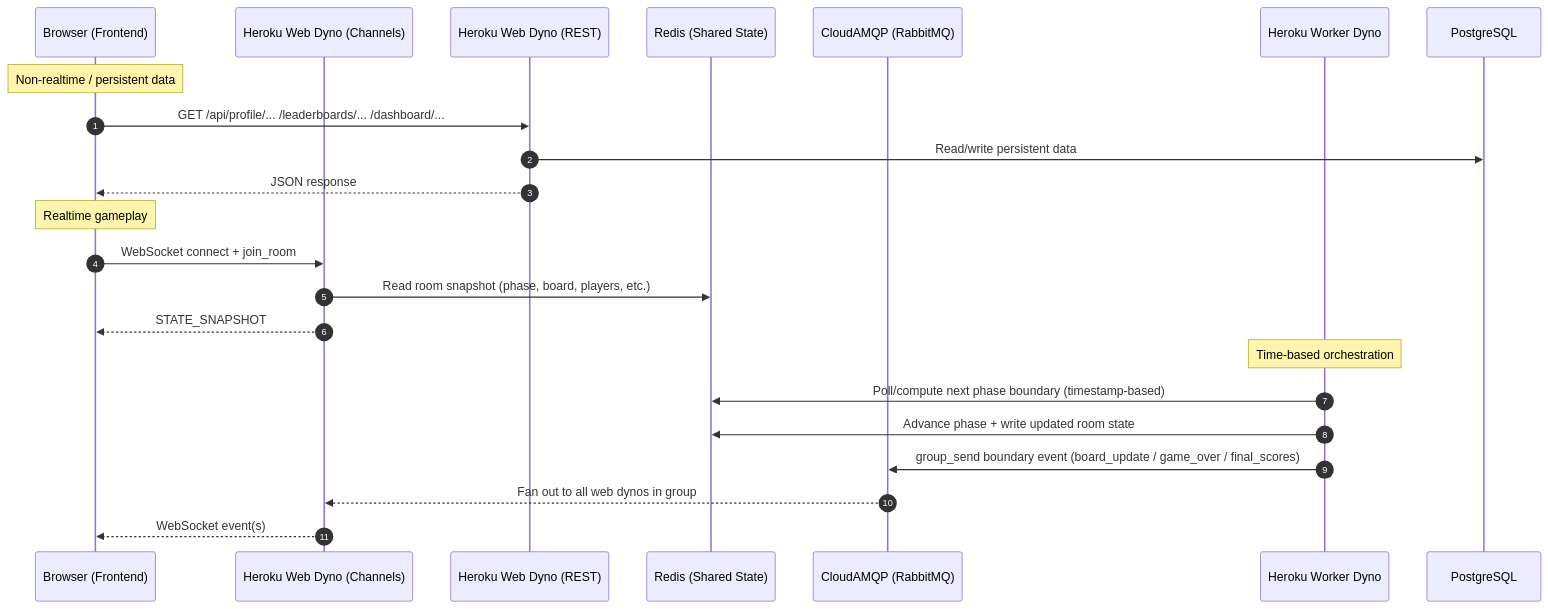
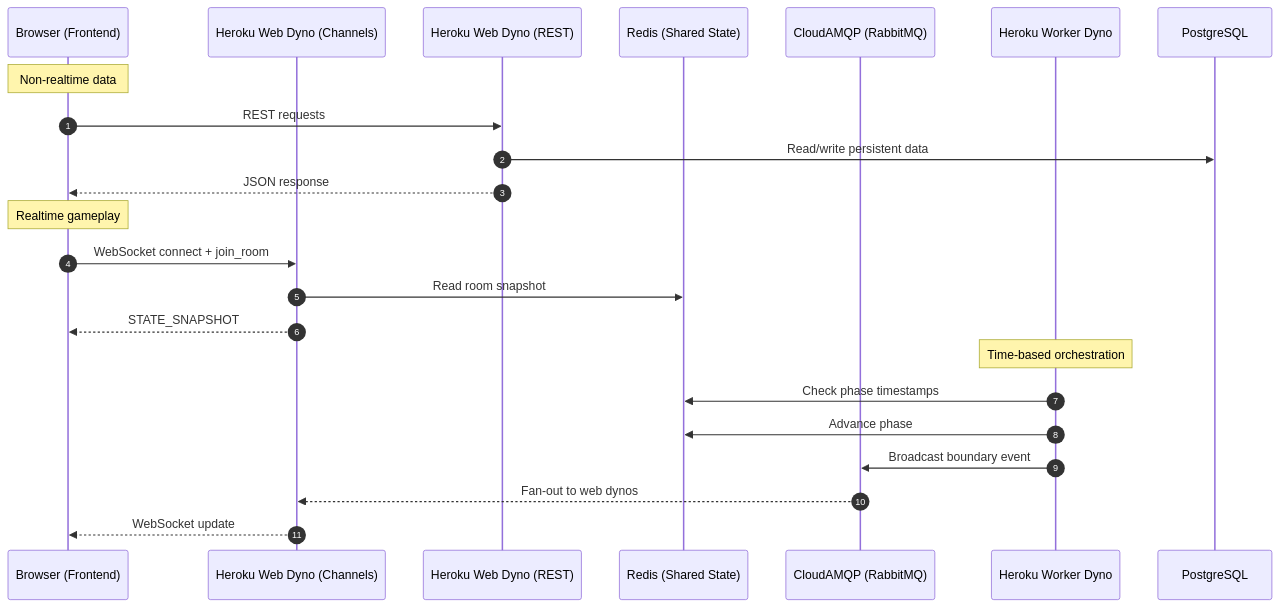
The second of 3 diagrams in README.md (alexrobincrabbe/Boojum-frontend), drawn with Mermaid before and after one commit. The commit also changed other lines of this file, not shown here.

````diff
--- a/README.md
+++ b/README.md
@@ -53,28 +54,29 @@
 ```mermaid
 sequenceDiagram
   autonumber
   participant Client as Browser (Frontend)
   participant Web as Heroku Web Dyno (Channels)
   participant API as Heroku Web Dyno (REST)
   participant Redis as Redis (Shared State)
   participant MQ as CloudAMQP (RabbitMQ)
   participant Worker as Heroku Worker Dyno
   participant DB as PostgreSQL
 
-  Note over Client: Non-realtime / persistent data
-  Client->>API: GET /api/profile/... /leaderboards/... /dashboard/...
+  Note over Client: Non-realtime data
+  Client->>API: REST requests
   API->>DB: Read/write persistent data
   API-->>Client: JSON response
 
   Note over Client: Realtime gameplay
   Client->>Web: WebSocket connect + join_room
-  Web->>Redis: Read room snapshot (phase, board, players, etc.)
+  Web->>Redis: Read room snapshot
   Web-->>Client: STATE_SNAPSHOT
 
   Note over Worker: Time-based orchestration
-  Worker->>Redis: Poll/compute next phase boundary (timestamp-based)
-  Worker->>Redis: Advance phase + write updated room state
-  Worker->>MQ: group_send boundary event (board_update / game_over / final_scores)
-  MQ-->>Web: Fan out to all web dynos in group
-  Web-->>Client: WebSocket event(s)
+  Worker->>Redis: Check phase timestamps
+  Worker->>Redis: Advance phase
+  Worker->>MQ: Broadcast boundary event
+  MQ-->>Web: Fan-out to web dynos
+  Web-->>Client: WebSocket update
+
 ```
````
